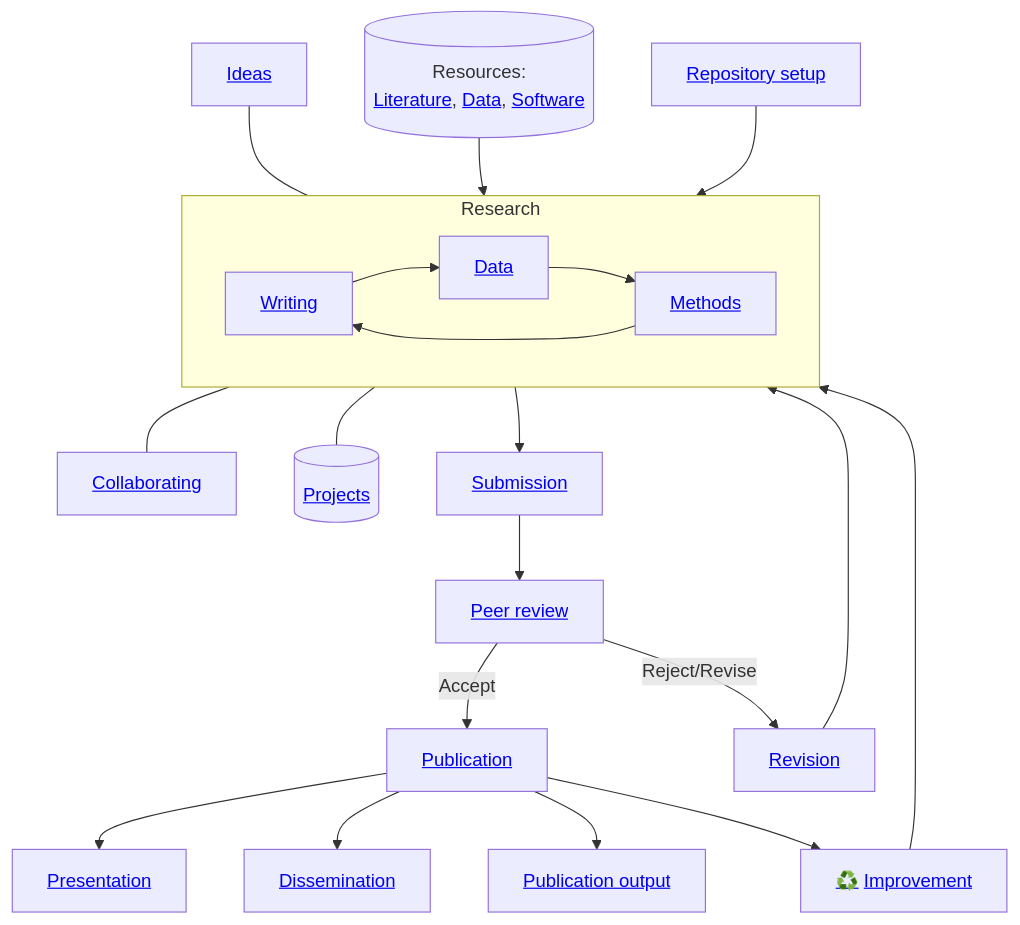
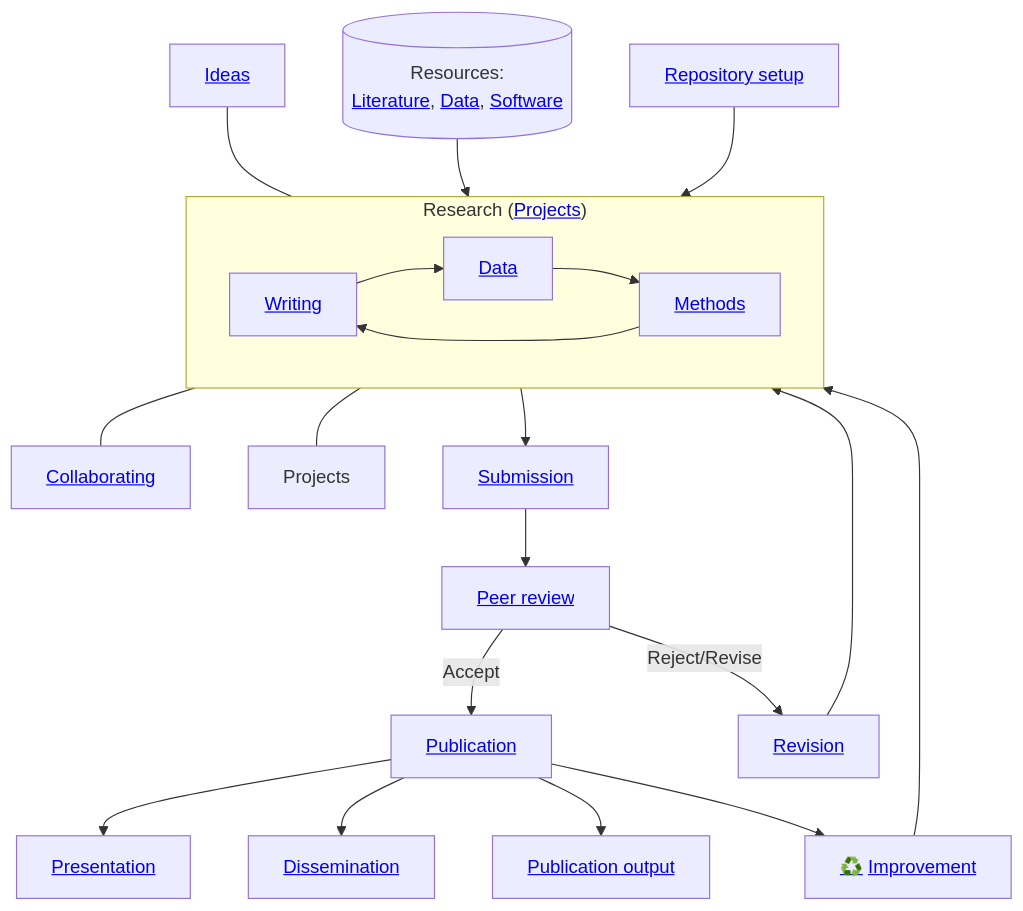
The diagram in docs/20-research/index.md (digital-work-lab/handbook), drawn with Mermaid before and after one commit.

````diff
--- a/docs/20-research/index.md
+++ b/docs/20-research/index.md
@@ -14,26 +14,25 @@
 ```mermaid
 flowchart TB
     Ideas["<a href='20_processes/20.09.ideas.html'>Ideas</a>"] --- Research
-    subgraph Research
+    subgraph Research["Research (<a href='25-projects.html'>Projects</a>)"]
         Writing["<a href='20_processes/20.29.writing.html'>Writing</a>"] --> Data
         Methods["<a href='20_processes/20.18.methods.html'>Methods</a>"] --> Writing
         Data["<a href='20_processes/20.17.data.html'>Data</a>"] --> Methods
     end
 
     Research --- Collaborating["<a href='20_processes/20.16.collaboration.html'>Collaborating</a>"]
-    Projects[("<a href='25-projects.html'>Projects</a>")]
     Research --- Projects
 
     Resources[("Resources:<br><a href='22-literature.html'>Literature</a>, <a href='23-data.html'>Data</a>, <a href='24-software.html'>Software</a>")] --> Research
     Setup["<a href='20_processes/20.15.repo-setup.html'>Repository setup</a>"] --> Research
     Research --> Submission["<a href='20_processes/20.30.pre-submission.html'>Submission</a>"]
     Submission --> Review["<a href='../50-service/50_processes/50.10.reviewer.html'>Peer review</a>"]
     Review -->|Accept| Publication["<a href='20_processes/20.33.publication.html'>Publication</a>"]
     Review -->|Reject/Revise| Revise["<a href='20_processes/20.32.revision.html'>Revision</a>"]
     Revise --> Research
     
     Publication --> Presentation["<a href='20_processes/20.28.presentation.html'>Presentation</a>"]
     Publication --> Dissemination["<a href='20_processes/20.34.dissemination.html'>Dissemination</a>"]
     Publication --> PublicationOutput["<a href='29-publications.html'>Publication output</a>"]
     Publication --> Improvement["<a href='../10-lab/10_processes/10.01.goals.html'>♻️</a> <a href='20_processes/20.35.improvement.html'>Improvement</a>"] --> Research
 ```
````
